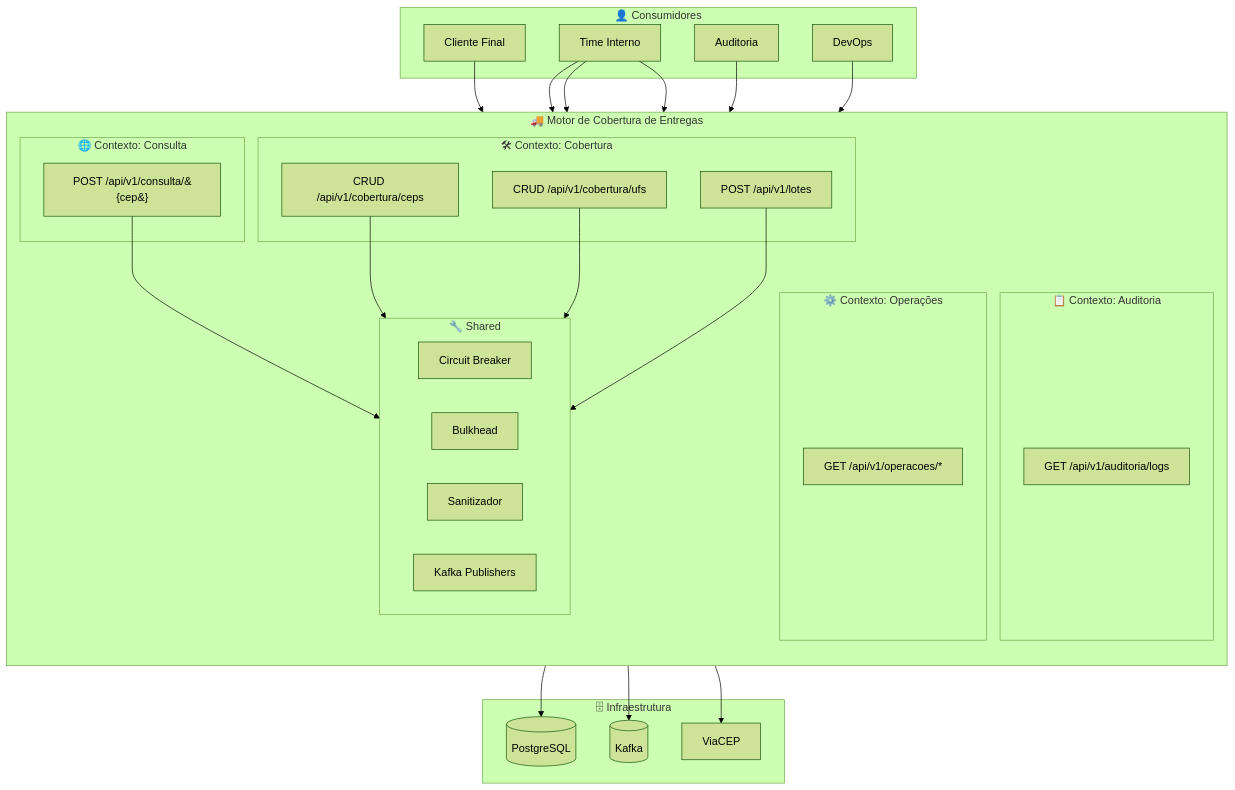
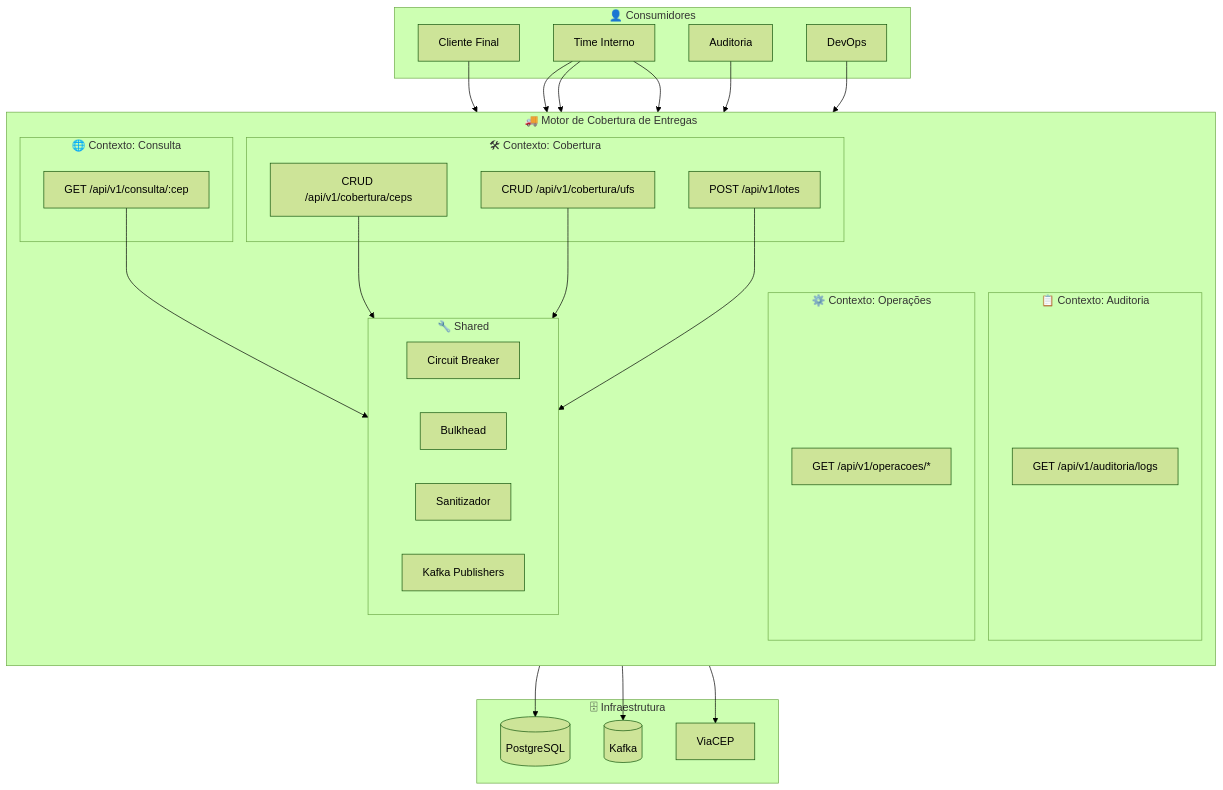
Before and after one commit to DavidPrado/consulta-cep: the first of 2 diagrams in README.md, drawn with Mermaid (forest theme).

Commit message:
#docs: adiciona parte 1 do README (visao geral, arquitetura, como rodar)

````diff
--- a/README.md
+++ b/README.md
@@ -76,55 +76,59 @@
 ```mermaid
 flowchart TB
     subgraph Cliente["👤 Consumidores"]
-        C1[Cliente Final]
-        C2[Time Interno]
-        C3[Auditoria]
-        C4[DevOps]
+        C1["Cliente Final"]
+        C2["Time Interno"]
+        C3["Auditoria"]
+        C4["DevOps"]
     end
 
     subgraph API["🚚 Motor de Cobertura de Entregas"]
         direction TB
         
         subgraph Consulta["🌐 Contexto: Consulta"]
-            A1[POST /api/v1/consulta/&#123;cep&#125;]
+            A1["GET /api/v1/consulta/:cep"]
         end
         
         subgraph Cobertura["🛠 Contexto: Cobertura"]
-            B1[CRUD /api/v1/cobertura/ceps]
-            B2[CRUD /api/v1/cobertura/ufs]
-            B3[POST /api/v1/lotes]
+            B1["CRUD /api/v1/cobertura/ceps"]
+            B2["CRUD /api/v1/cobertura/ufs"]
+            B3["POST /api/v1/lotes"]
         end
         
         subgraph Auditoria["📋 Contexto: Auditoria"]
-            D1[GET /api/v1/auditoria/logs]
+            D1["GET /api/v1/auditoria/logs"]
         end
         
         subgraph Operacoes["⚙️ Contexto: Operações"]
-            E1[GET /api/v1/operacoes/*]
+            E1["GET /api/v1/operacoes/*"]
         end
         
         subgraph Shared["🔧 Shared"]
-            S1[Circuit Breaker]
-            S2[Bulkhead]
-            S3[Sanitizador]
-            S4[Kafka Publishers]
+            S1["Circuit Breaker"]
+            S2["Bulkhead"]
+            S3["Sanitizador"]
+            S4["Kafka Publishers"]
         end
     end
 
     subgraph Infra["🗄 Infraestrutura"]
-        DB[(PostgreSQL)]
-        KF[(Kafka)]
-        VC[ViaCEP]
+        DB[("PostgreSQL")]
+        KF[("Kafka")]
+        VC["ViaCEP"]
     end
 
     C1 --> A1
-    C2 --> B1 & B2 & B3
+    C2 --> B1
+    C2 --> B2
+    C2 --> B3
     C3 --> D1
     C4 --> E1
 
     A1 --> Shared
-    B1 & B2 & B3 --> Shared
+    B1 --> Shared
+    B2 --> Shared
+    B3 --> Shared
     Shared --> DB
     Shared --> KF
     A1 --> VC
 ```
````
